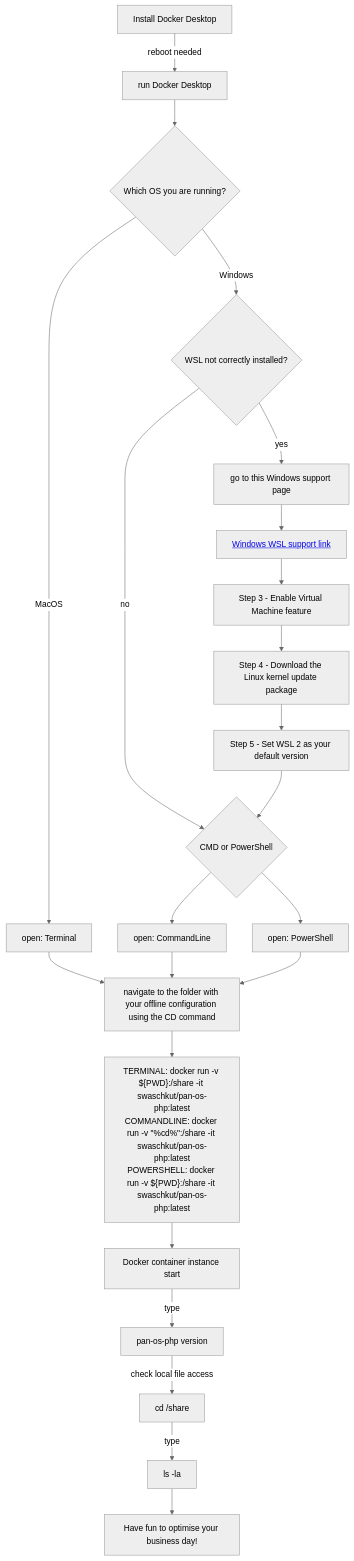
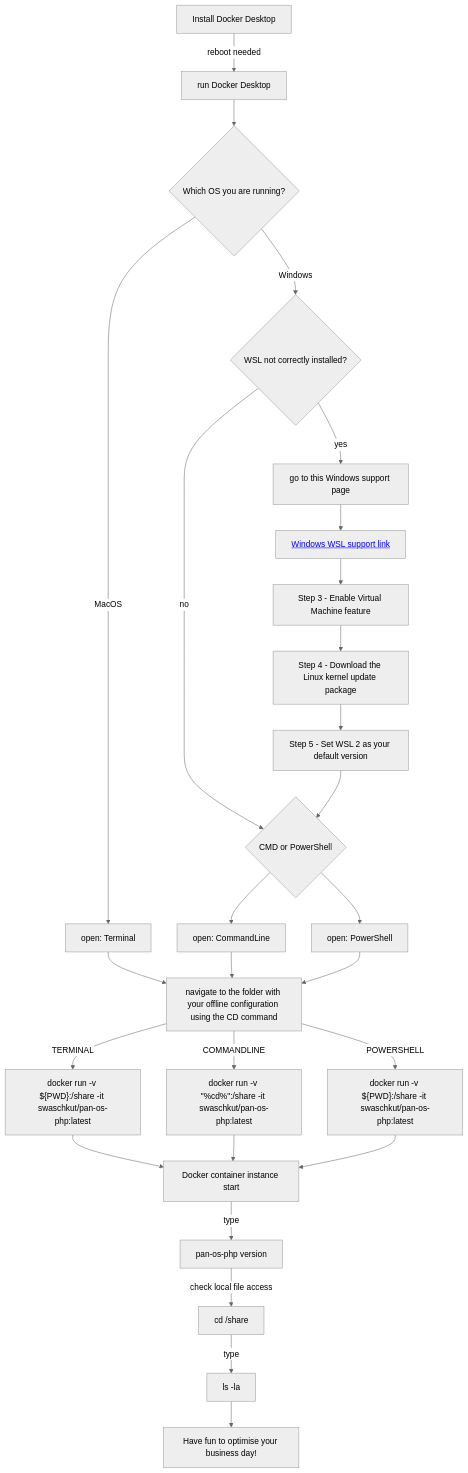
Before and after one commit to PaloAltoNetworks/pan-os-php: the diagram in READMEdocker.md, drawn with Mermaid (neutral theme). The commit also changed other lines of this file, not shown here.

````diff
--- a/READMEdocker.md
+++ b/READMEdocker.md
@@ -4,53 +4,53 @@
 ```mermaid
 graph TD
     
     
     BB[Install Docker Desktop] -->|reboot needed| CC[run Docker Desktop]
     CC --> CC1[which OS]
     
     CC1{Which OS you are running?} -->|MacOS| B1[open: Terminal]
     CC1{Which OS you are running?} -->|Windows| C1[check Docker]
     
     
     B1 --> Z1[navigate to the folder with your offline configuration using the CD command]
        
  
     
     C1{WSL not correctly installed?} -->|no| C8[continue]
     C1{WSL not correctly installed?} -->|yes| C3[go to this Windows support page]
     
    
     
     C3 --> C4[<a href='https://docs.microsoft.com/en-gb/windows/wsl/install-manual'>Windows WSL support link</a>]
     
     C4 --> C5[Step 3 - Enable Virtual Machine feature]
     C5 --> C6[Step 4 - Download the Linux kernel update package]
     C6 --> C7[Step 5 - Set WSL 2 as your default version]
     
     
     C7 --> C8[continue]
     
     C8{CMD or PowerShell} --> E2[open: CommandLine]
     C8{CMD or PowerShell} --> F2[open: PowerShell]
     
     
-    E2 --> Z1[navigate to the folder with your offline configuration using the CD command]
-    
+    E2 --> Z1[navigate to the folder with your offline configuration using the CD command]  
     F2 --> Z1[navigate to the folder with your offline configuration using the CD command]
     
     
-    Z1 --> K1["TERMINAL: docker run -v ${PWD}:/share -it swaschkut/pan-os-php:latest<br />COMMANDLINE: docker run -v #quot;%cd%#quot;:/share -it swaschkut/pan-os-php:latest<br />POWERSHELL: docker run -v ${PWD}:/share -it swaschkut/pan-os-php:latest<br />"]
+    Z1 -->|TERMINAL| K1A["docker run -v ${PWD}:/share -it swaschkut/pan-os-php:latest"]
+    Z1 -->|COMMANDLINE| K1B["docker run -v #quot;%cd%#quot;:/share -it swaschkut/pan-os-php:latest"]
+    Z1 -->|POWERSHELL| K1C["docker run -v ${PWD}:/share -it swaschkut/pan-os-php:latest"]
     
+  
     
-    
-    
- 
-    
-    K1 --> K3[Docker container instance start]
+    K1A --> K3[Docker container instance start]
+    K1B --> K3[Docker container instance start]
+    K1C --> K3[Docker container instance start]
     K3 -->|type| L[pan-os-php version]
 
     L -->|check local file access| M[cd /share]
     M -->|type| R[ls -la]
     
     R --> S[Have fun to optimise your business day!]
 ```
````
